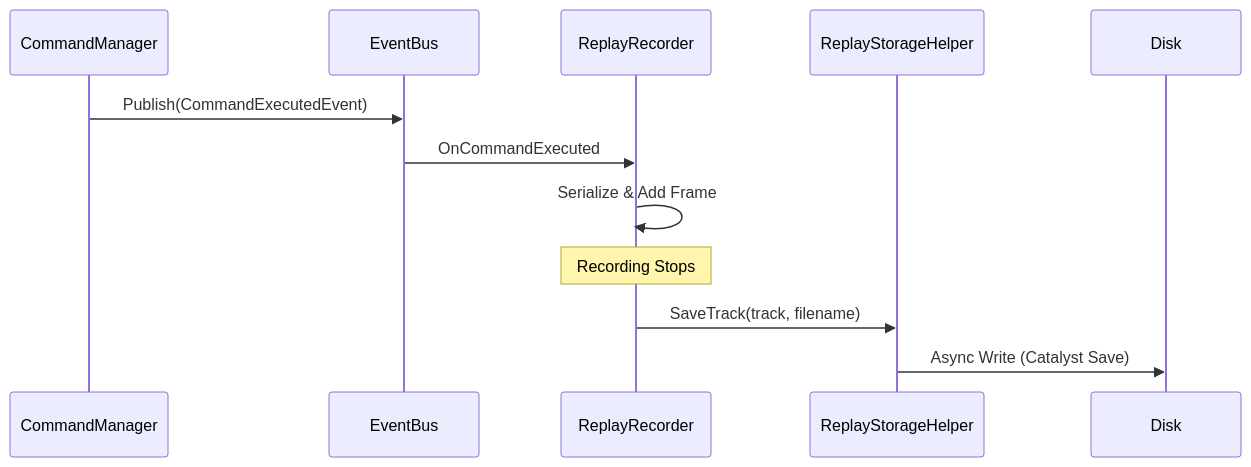
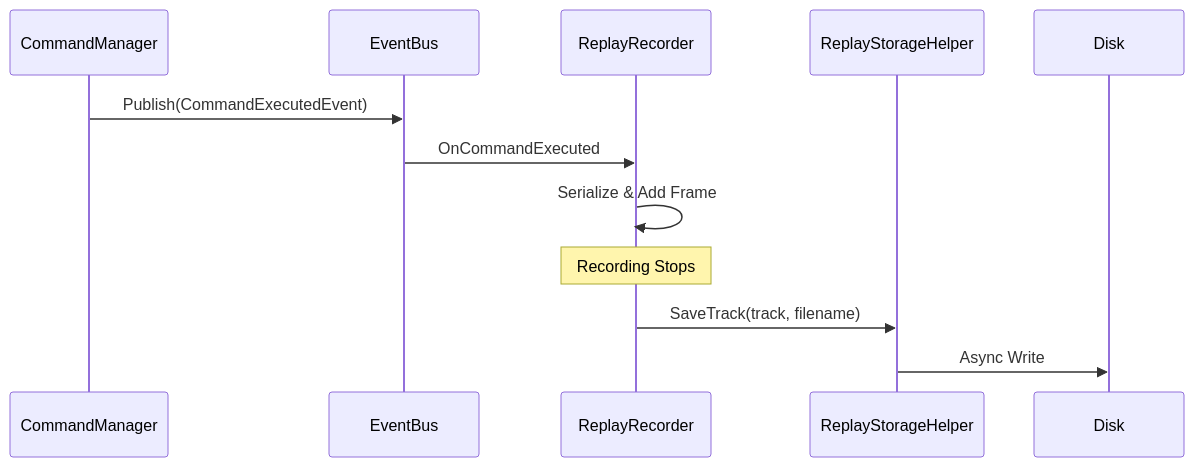
One commit to eraflo/Catalyst changed the second of 3 diagrams in Documentation~/Modules/CommandSystem.md. Above: the diagram before and after it, drawn with Mermaid. The commit also changed other lines of this file, not shown here.

````diff
--- a/Documentation~/Modules/CommandSystem.md
+++ b/Documentation~/Modules/CommandSystem.md
@@ -66,14 +110,14 @@
 ```mermaid
 sequenceDiagram
     participant CM as CommandManager
     participant EB as EventBus
     participant RR as ReplayRecorder
     participant ST as ReplayStorageHelper
     
     CM->>EB: Publish(CommandExecutedEvent)
     EB->>RR: OnCommandExecuted
     RR->>RR: Serialize & Add Frame
     Note over RR: Recording Stops
     RR->>ST: SaveTrack(track, filename)
-    ST->>Disk: Async Write (Catalyst Save)
+    ST->>Disk: Async Write
 ```
````
